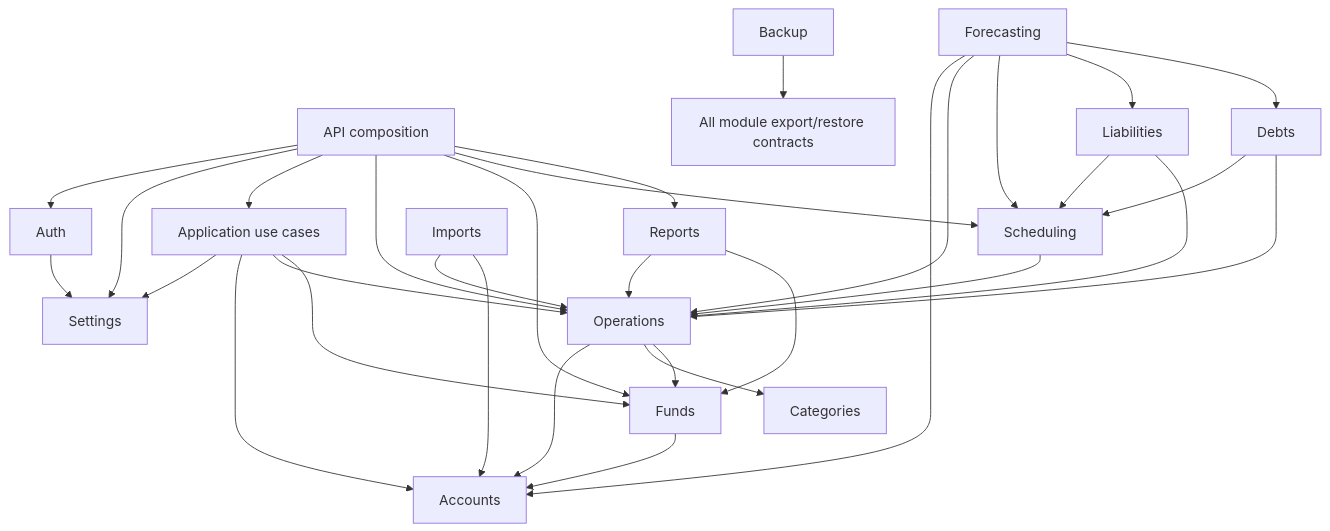
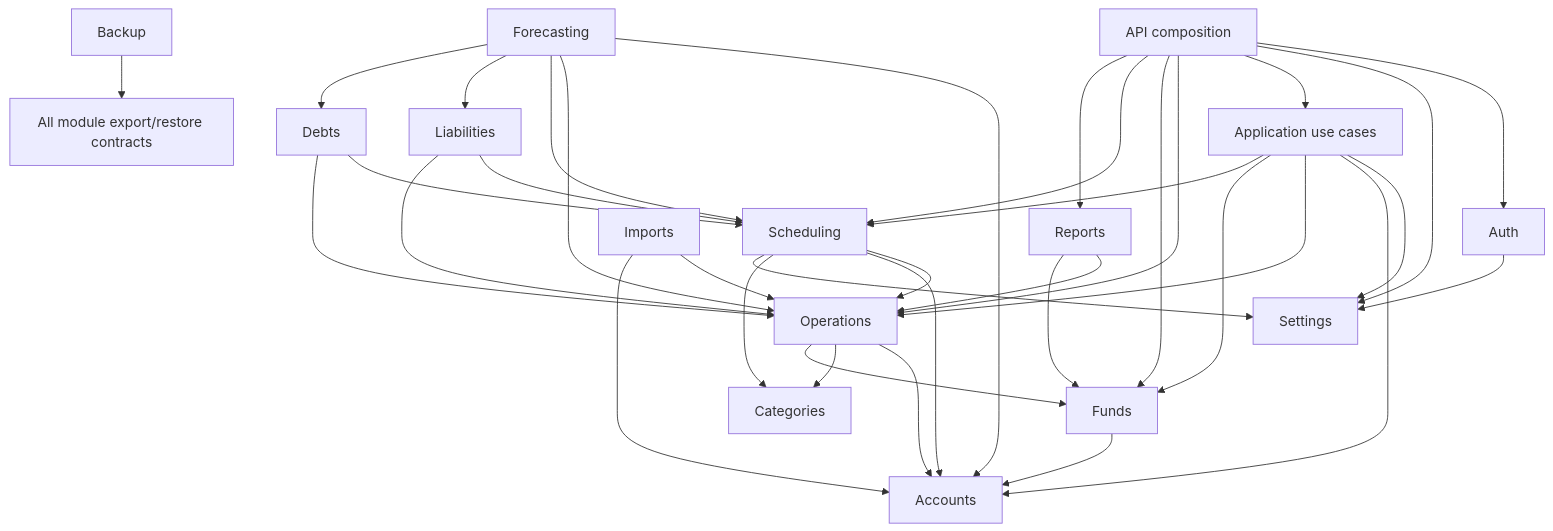
The diagram in docs/architecture/module-boundaries.md (Gollardo/hermes), drawn with Mermaid before and after one commit. The commit also changed other lines of this file and 59 other files, not shown here.

````diff
--- a/docs/architecture/module-boundaries.md
+++ b/docs/architecture/module-boundaries.md
@@ -31,34 +31,38 @@
 ```mermaid
 flowchart TB
     API["API composition"] --> Auth
     API --> Settings
     API --> Application["Application use cases"]
     Application --> Settings
     Application --> Accounts
     Application --> Operations
     Application --> Funds
+    Application --> Scheduling
     Auth --> Settings
     API --> Operations
     API --> Funds
     API --> Scheduling
     API --> Reports
     Operations --> Accounts
     Operations --> Categories
     Operations --> Funds
     Funds --> Accounts
     Scheduling --> Operations
+    Scheduling --> Accounts
+    Scheduling --> Categories
+    Scheduling --> Settings
     Liabilities --> Scheduling
     Liabilities --> Operations
     Debts --> Scheduling
     Debts --> Operations
     Forecasting --> Accounts
     Forecasting --> Operations
     Forecasting --> Scheduling
     Forecasting --> Liabilities
     Forecasting --> Debts
     Reports --> Operations
     Reports --> Funds
     Imports --> Operations
     Imports --> Accounts
     Backup --> Modules["All module export/restore contracts"]
 ```
````
